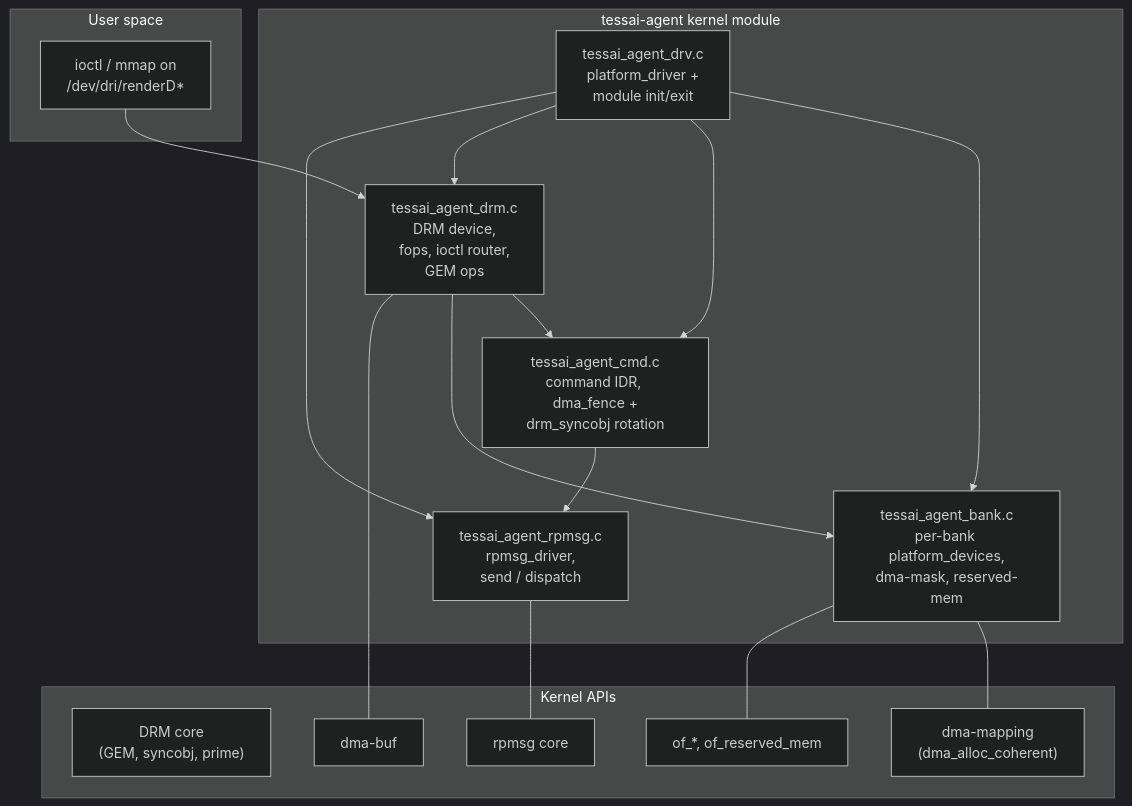
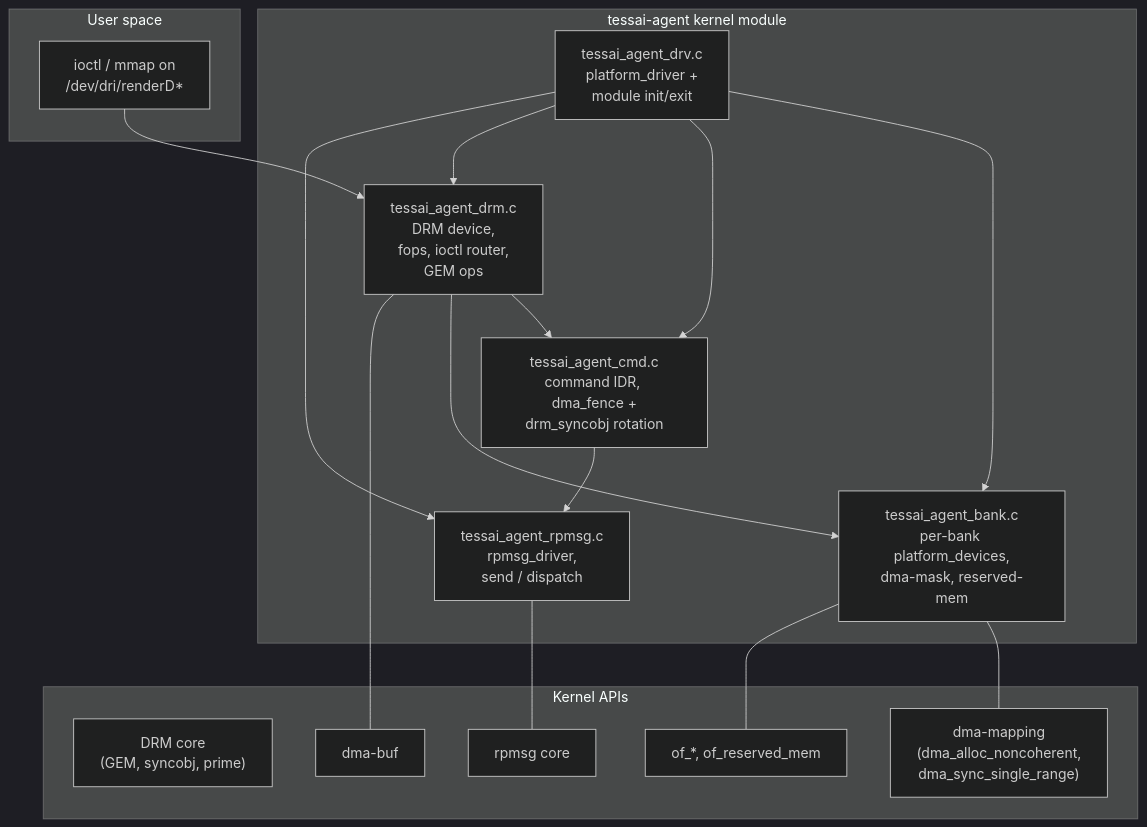
Before and after one commit to Xilinx/amdrnpu: the second of 5 diagrams in docs/architecture.md, drawn with Mermaid (dark theme). The commit also changed other lines of this file and 4 other files, not shown here.

````diff
--- a/docs/architecture.md
+++ b/docs/architecture.md
@@ -64,35 +61,35 @@
 ```mermaid
 flowchart TB
     subgraph User["User space"]
         FOPS["ioctl / mmap on<br/>/dev/dri/renderD*"]
     end
 
     subgraph TESS["tessai-agent kernel module"]
         DRV["tessai_agent_drv.c<br/>platform_driver +<br/>module init/exit"]
         DRM["tessai_agent_drm.c<br/>DRM device,<br/>fops, ioctl router,<br/>GEM ops"]
         BANK["tessai_agent_bank.c<br/>per-bank platform_devices,<br/>dma-mask, reserved-mem"]
         CMD["tessai_agent_cmd.c<br/>command IDR, dma_fence +<br/>drm_syncobj rotation"]
         RPMSG["tessai_agent_rpmsg.c<br/>rpmsg_driver,<br/>send / dispatch"]
     end
 
     subgraph KAPI["Kernel APIs"]
         DRMCORE["DRM core<br/>(GEM, syncobj, prime)"]
         DMABUF["dma-buf"]
-        DMA["dma-mapping<br/>(dma_alloc_coherent)"]
+        DMA["dma-mapping<br/>(dma_alloc_noncoherent,<br/>dma_sync_single_range)"]
         RPMSGC["rpmsg core"]
         OF["of_*, of_reserved_mem"]
     end
 
     FOPS --> DRM
     DRV --> BANK
     DRV --> CMD
     DRV --> DRM
     DRV --> RPMSG
     DRM --> CMD
     DRM --> BANK
     CMD --> RPMSG
     DRM --- DMABUF
     BANK --- DMA
     BANK --- OF
     RPMSG --- RPMSGC
 ```
````
